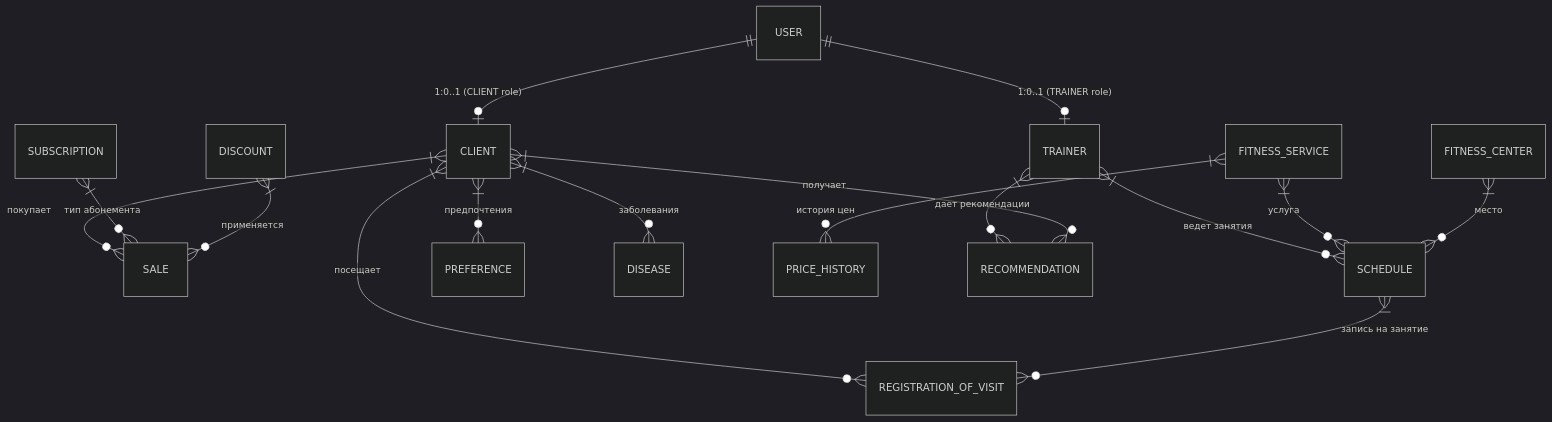
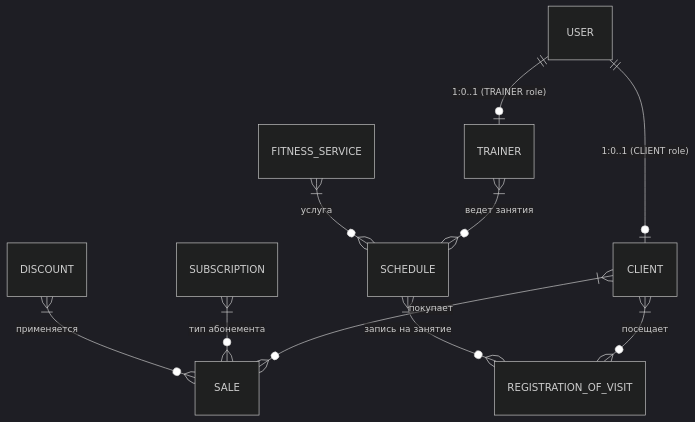
Before and after one commit to TweetyDMG/fitness-center-backend: the diagram in README.md, drawn with Mermaid (dark theme). The commit also changed other lines of this file and 1 other file, not shown here.

````diff
--- a/README.md
+++ b/README.md
@@ -181,18 +76,12 @@
 ```mermaid
 erDiagram
     USER ||--o| CLIENT : "1:0..1 (CLIENT role)"
     USER ||--o| TRAINER : "1:0..1 (TRAINER role)"
     CLIENT }|--o{ SALE : "покупает"
     SUBSCRIPTION }|--o{ SALE : "тип абонемента"
     DISCOUNT }|--o{ SALE : "применяется"
     TRAINER }|--o{ SCHEDULE : "ведет занятия"
     FITNESS_SERVICE }|--o{ SCHEDULE : "услуга"
-    FITNESS_CENTER }|--o{ SCHEDULE : "место"
     CLIENT }|--o{ REGISTRATION_OF_VISIT : "посещает"
     SCHEDULE }|--o{ REGISTRATION_OF_VISIT : "запись на занятие"
-    CLIENT }|--o{ PREFERENCE : "предпочтения"
-    CLIENT }|--o{ DISEASE : "заболевания"
-    FITNESS_SERVICE }|--o{ PRICE_HISTORY : "история цен"
-    TRAINER }|--o{ RECOMMENDATION : "дает рекомендации"
-    CLIENT }|--o{ RECOMMENDATION : "получает"
 ```
````
